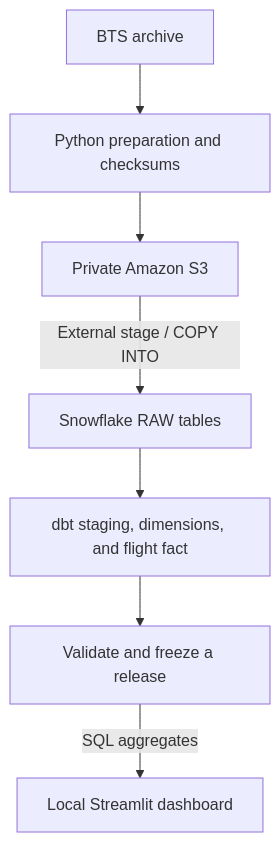
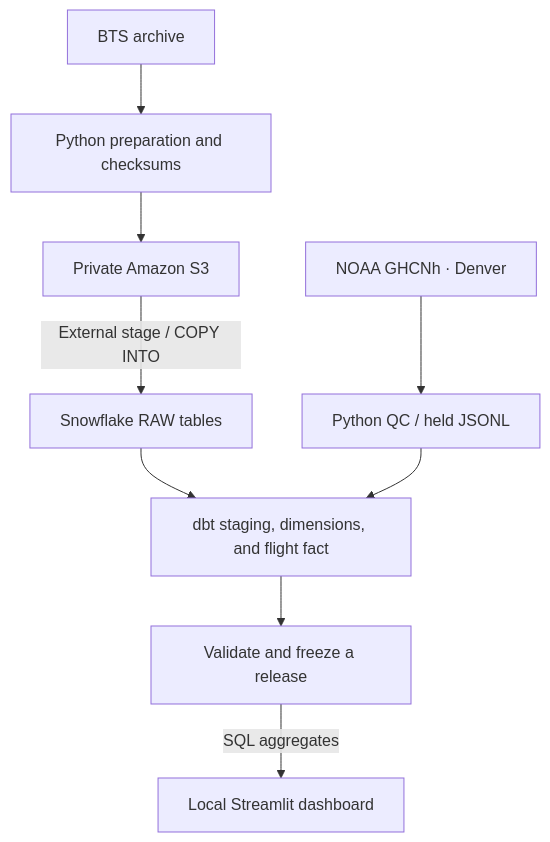
The diagram in README.md (kirebanana/airline-delay-intelligence), drawn with Mermaid before and after one commit. The commit also changed other lines of this file and 12 other files, not shown here.

Commit message:
Refresh architecture documentation and record resource lifecycle (#16)

````diff
--- a/README.md
+++ b/README.md
@@ -46,9 +54,11 @@
 ```mermaid
 flowchart TD
     A["BTS archive"] --> B["Python preparation and checksums"]
     B --> C["Private Amazon S3"]
     C -->|"External stage / COPY INTO"| D["Snowflake RAW tables"]
     D --> E["dbt staging, dimensions, and flight fact"]
     E --> F["Validate and freeze a release"]
     F -->|"SQL aggregates"| G["Local Streamlit dashboard"]
+    H["NOAA GHCNh · Denver"] --> I["Python QC / held JSONL"]
+    I --> E
 ```
````
